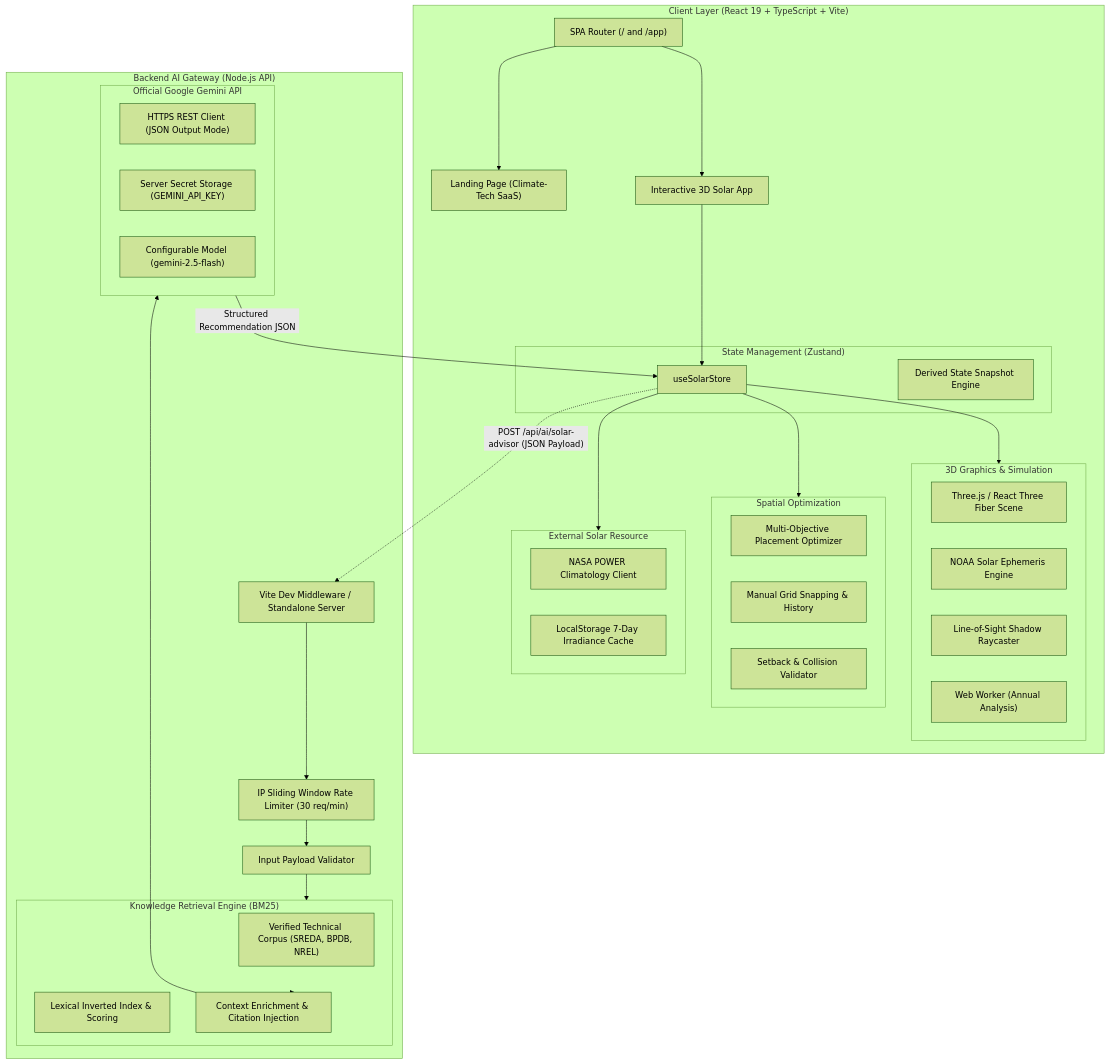
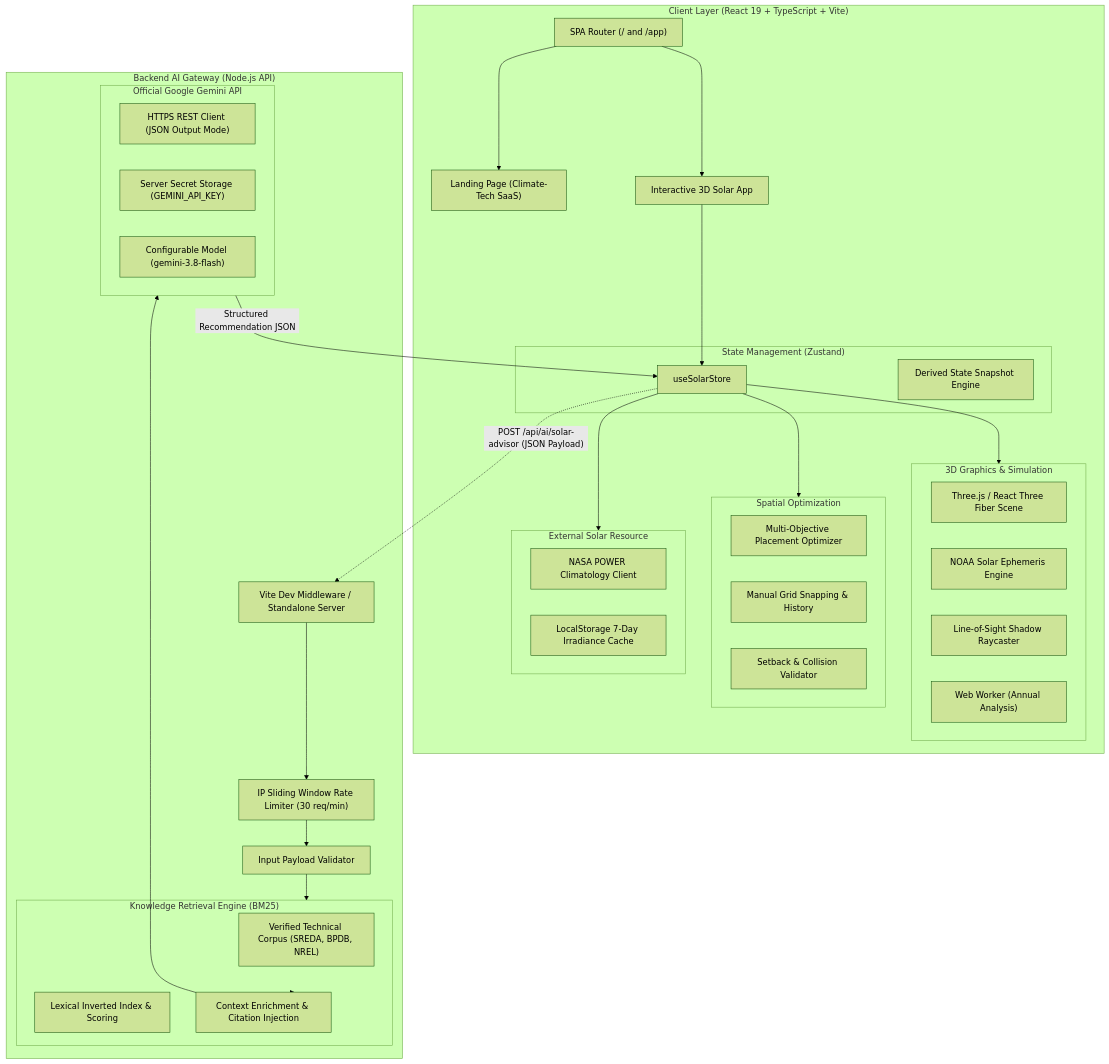
Before and after one commit to jawaid687/RoofRay: the diagram in docs/system-architecture.md, drawn with Mermaid (forest theme). The commit also changed 7 other files, not shown here.

First line of the commit message:
fix(gemini): support AQ authorization keys, update default model to gemini-3.8-flash & add resilient provider diagnostics

````diff
--- a/docs/system-architecture.md
+++ b/docs/system-architecture.md
@@ -10,61 +10,61 @@
 ```mermaid
 flowchart TD
     subgraph Client ["Client Layer (React 19 + TypeScript + Vite)"]
         UI_Route["SPA Router (/ and /app)"]
         LandingPage["Landing Page (Climate-Tech SaaS)"]
         SolarApp["Interactive 3D Solar App"]
         
         subgraph StoreLayer ["State Management (Zustand)"]
             Store["useSolarStore"]
             Snapshot["Derived State Snapshot Engine"]
         end
         
         subgraph GraphicsEngine ["3D Graphics & Simulation"]
             R3F["Three.js / React Three Fiber Scene"]
             SunEngine["NOAA Solar Ephemeris Engine"]
             Raycaster["Line-of-Sight Shadow Raycaster"]
             Worker["Web Worker (Annual Analysis)"]
         end
         
         subgraph OptimizationEngine ["Spatial Optimization"]
             AutoPlacer["Multi-Objective Placement Optimizer"]
             ManualPlacer["Manual Grid Snapping & History"]
             SpatialValidator["Setback & Collision Validator"]
         end
         
         subgraph WeatherProvider ["External Solar Resource"]
             NasaClient["NASA POWER Climatology Client"]
             LocalCache["LocalStorage 7-Day Irradiance Cache"]
         end
     end
 
     subgraph BackendGateway ["Backend AI Gateway (Node.js API)"]
         ViteProxy["Vite Dev Middleware / Standalone Server"]
         RateLimiter["IP Sliding Window Rate Limiter (30 req/min)"]
         Validator["Input Payload Validator"]
         
         subgraph RAGLayer ["Knowledge Retrieval Engine (BM25)"]
             Corpus["Verified Technical Corpus (SREDA, BPDB, NREL)"]
             BM25["Lexical Inverted Index & Scoring"]
             Grounding["Context Enrichment & Citation Injection"]
         end
         
         subgraph LLMIntegration ["Official Google Gemini API"]
             GeminiClient["HTTPS REST Client (JSON Output Mode)"]
             KeyStore["Server Secret Storage (GEMINI_API_KEY)"]
-            ModelConfig["Configurable Model (gemini-2.5-flash)"]
+            ModelConfig["Configurable Model (gemini-3.8-flash)"]
         end
     end
 
     UI_Route --> LandingPage
     UI_Route --> SolarApp
     SolarApp --> Store
     Store --> GraphicsEngine
     Store --> OptimizationEngine
     Store --> WeatherProvider
     Store -.->|"POST /api/ai/solar-advisor (JSON Payload)"| ViteProxy
     ViteProxy --> RateLimiter --> Validator --> RAGLayer
     RAGLayer --> Grounding
     Grounding --> LLMIntegration
     LLMIntegration -->|"Structured Recommendation JSON"| Store
 ```
````
